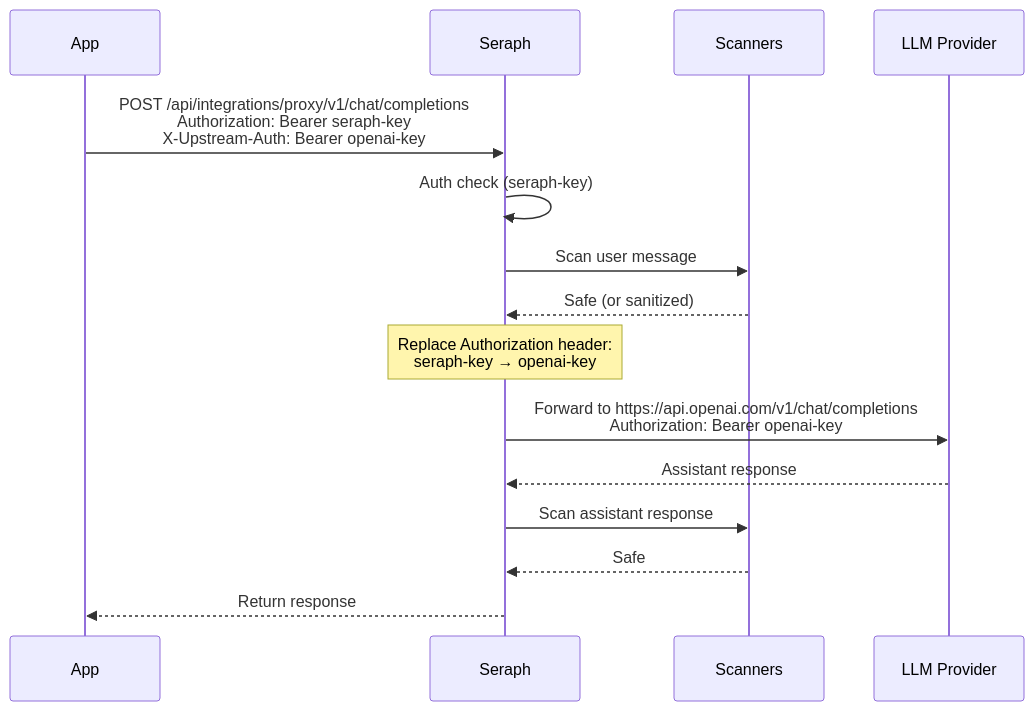
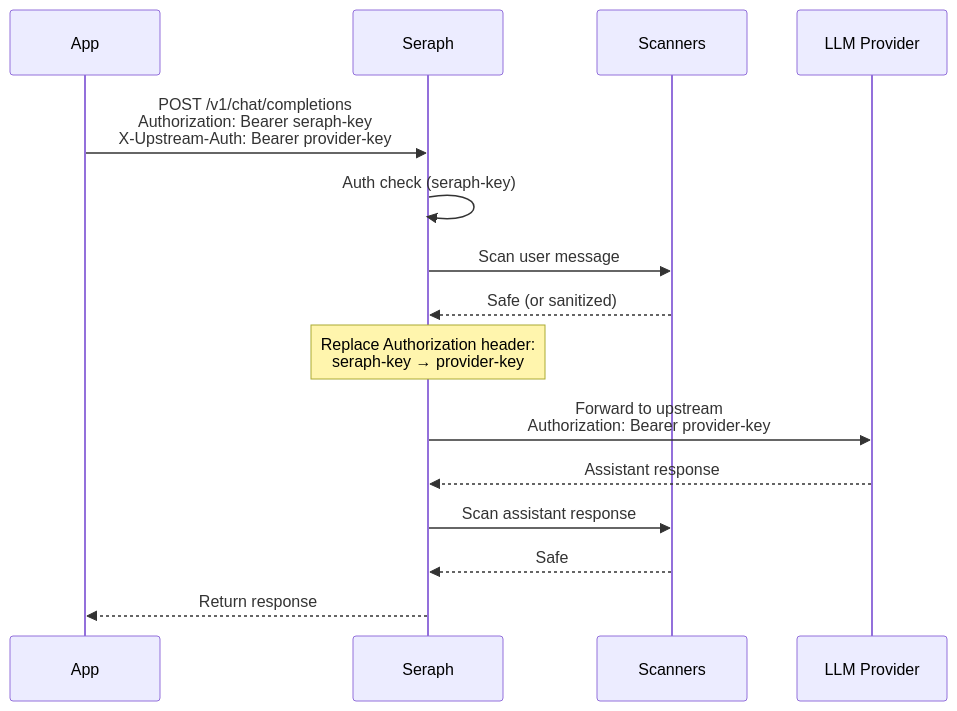
The second of 2 diagrams in README.md (0x0pointer/seraph), drawn with Mermaid before and after one commit. The commit also changed other lines of this file and 1 other file, not shown here.

First line of the commit message:
docs: rewrite README for proxy-only architecture

````diff
--- a/README.md
+++ b/README.md
@@ -193,24 +35,24 @@
 ```mermaid
 sequenceDiagram
     participant App
     participant Seraph
     participant Scanners as Scanners
     participant LLM as LLM Provider
 
-    App->>Seraph: POST /api/integrations/proxy/v1/chat/completions<br/>Authorization: Bearer seraph-key<br/>X-Upstream-Auth: Bearer openai-key
+    App->>Seraph: POST /v1/chat/completions<br/>Authorization: Bearer seraph-key<br/>X-Upstream-Auth: Bearer provider-key
 
     Seraph->>Seraph: Auth check (seraph-key)
     Seraph->>Scanners: Scan user message
     Scanners-->>Seraph: Safe (or sanitized)
 
-    Note over Seraph: Replace Authorization header:<br/>seraph-key → openai-key
+    Note over Seraph: Replace Authorization header:<br/>seraph-key → provider-key
 
-    Seraph->>LLM: Forward to https://api.openai.com/v1/chat/completions<br/>Authorization: Bearer openai-key
+    Seraph->>LLM: Forward to upstream<br/>Authorization: Bearer provider-key
 
     LLM-->>Seraph: Assistant response
 
     Seraph->>Scanners: Scan assistant response
     Scanners-->>Seraph: Safe
 
     Seraph-->>App: Return response
 ```
````
